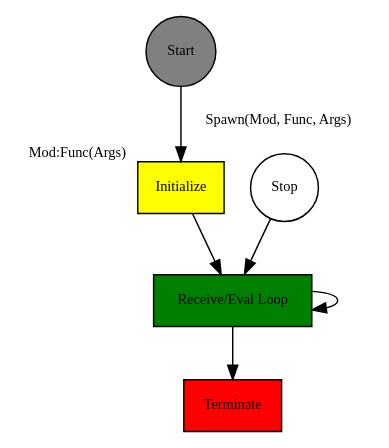
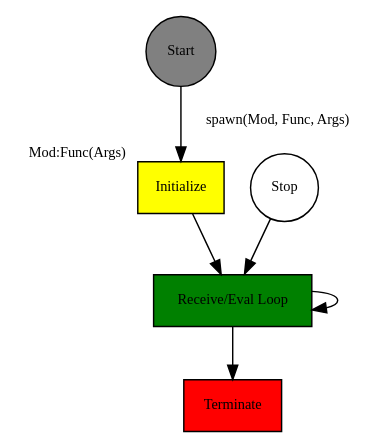
The third of 16 diagrams in presentation.org (dont-rely-on-nulls/gambiconf-2025), drawn with Graphviz before and after one commit. The commit also changed other lines of this file and 9 other files, not shown here.

```diff
--- a/presentation.org
+++ b/presentation.org
@@ -217,17 +240,17 @@
 #+BEGIN_SRC dot :file ./img/erlang_process_skeleton.png :cmdline -Kdot -Tpng :exports results
   digraph Process {
     node [fontsize="10pt", style=filled];
     
     start [label="Start", fillcolor=gray, shape=circle];
     stop [label="Stop", fillcolor=white, shape=circle];
     init [label="Initialize", xlabel="Mod:Func(Args)", fillcolor=yellow, shape=rectangle];
     loop [label="Receive/Eval Loop", fillcolor=green, shape=rectangle]
     terminate [label="Terminate", fillcolor=red, shape=rectangle];
 
-    start -> init [label="  Spawn(Mod, Func, Args)", fontsize="10pt", minlen=1];
+    start -> init [label="  spawn(Mod, Func, Args)", fontsize="10pt", minlen=1];
     init -> loop
     loop -> loop
     stop -> loop
     loop -> terminate
   }
 #+END_SRC
```
